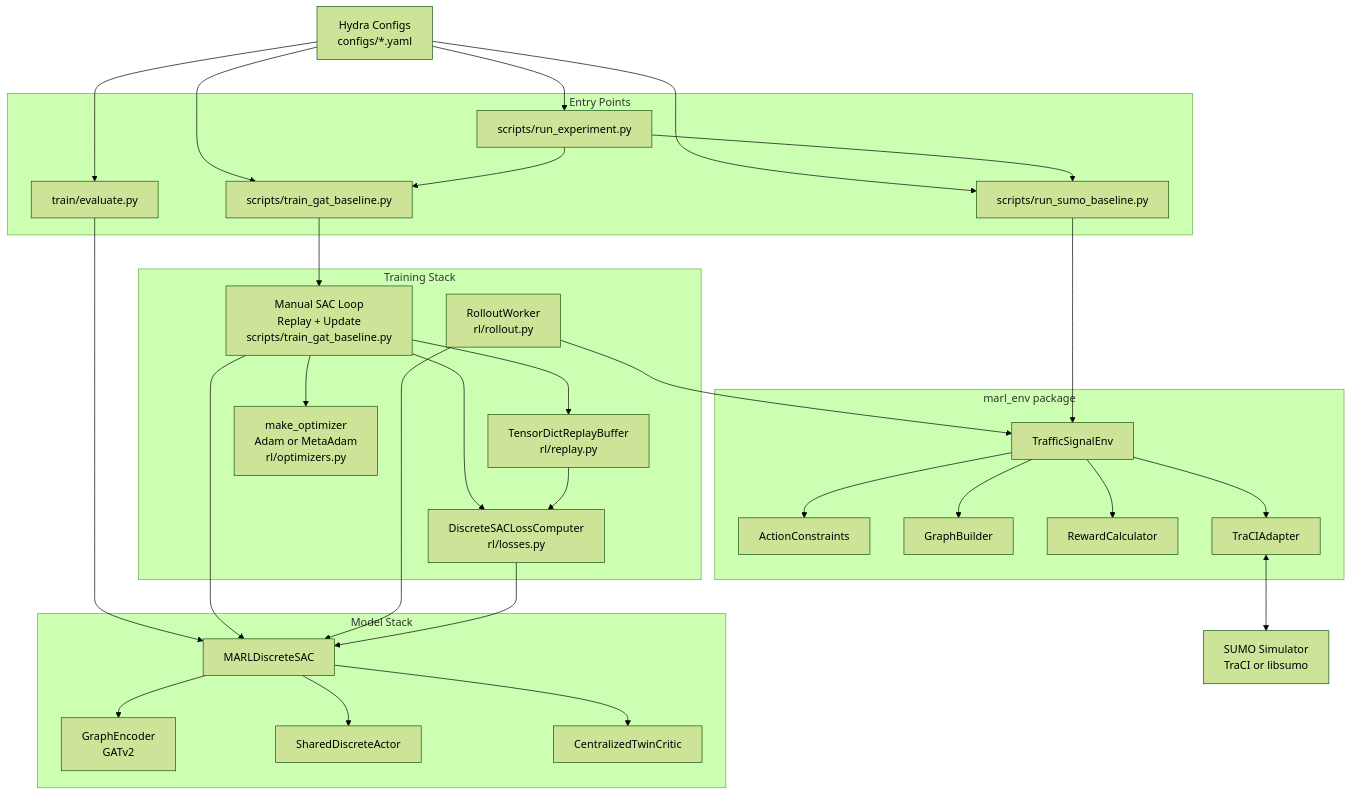
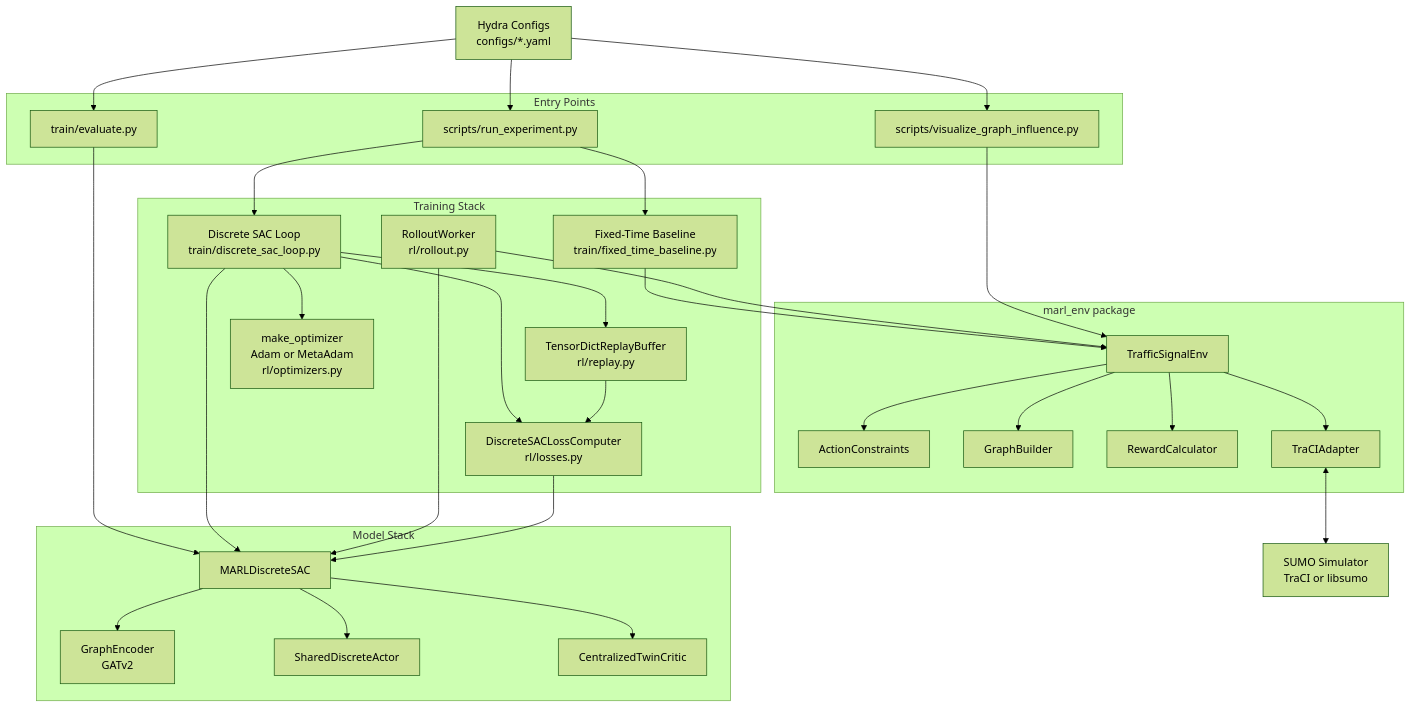
One commit to fuisl/marl changed the first of 14 diagrams in docs/marl_env_diagrams.md. Above: the diagram before and after it, drawn with Mermaid (forest theme). The commit also changed other lines of this file and 22 other files, not shown here.

````diff
--- a/docs/marl_env_diagrams.md
+++ b/docs/marl_env_diagrams.md
@@ -9,67 +9,66 @@
 ```mermaid
 flowchart TB
   Hydra[Hydra Configs\nconfigs/*.yaml]
 
   subgraph EntryPoints[Entry Points]
     RunExp[scripts/run_experiment.py]
-    GATBaseline[scripts/train_gat_baseline.py]
     Eval[train/evaluate.py]
-    SUMOBaseline[scripts/run_sumo_baseline.py]
+    Viz[scripts/visualize_graph_influence.py]
   end
 
   subgraph TrainStack[Training Stack]
-    ManualLoop[Manual SAC Loop\nReplay + Update\nscripts/train_gat_baseline.py]
+    TrainLoop[Discrete SAC Loop\ntrain/discrete_sac_loop.py]
+    BaselineLoop[Fixed-Time Baseline\ntrain/fixed_time_baseline.py]
     Rollout[RolloutWorker\nrl/rollout.py]
     Replay[TensorDictReplayBuffer\nrl/replay.py]
     Loss[DiscreteSACLossComputer\nrl/losses.py]
     Opt[make_optimizer\nAdam or MetaAdam\nrl/optimizers.py]
   end
 
   subgraph ModelStack[Model Stack]
     Agent[MARLDiscreteSAC]
     Encoder[GraphEncoder\nGATv2]
     Actor[SharedDiscreteActor]
     Critic[CentralizedTwinCritic]
   end
 
   subgraph EnvPkg[marl_env package]
     Env[TrafficSignalEnv]
     AC[ActionConstraints]
     GB[GraphBuilder]
     RC[RewardCalculator]
     TA[TraCIAdapter]
   end
 
   SUMO[SUMO Simulator\nTraCI or libsumo]
 
   Hydra --> RunExp
-  Hydra --> GATBaseline
   Hydra --> Eval
-  Hydra --> SUMOBaseline
+  Hydra --> Viz
 
-  RunExp --> GATBaseline
-  RunExp --> SUMOBaseline
-  GATBaseline --> ManualLoop
+  RunExp --> TrainLoop
+  RunExp --> BaselineLoop
   Eval --> Agent
-  SUMOBaseline --> Env
+  Viz --> Env
 
-  ManualLoop --> Replay
-  ManualLoop --> Loss
-  ManualLoop --> Agent
-  ManualLoop --> Opt
+  TrainLoop --> Replay
+  TrainLoop --> Loss
+  TrainLoop --> Agent
+  TrainLoop --> Opt
+  BaselineLoop --> Env
 
   Rollout --> Env
   Rollout --> Agent
   Replay --> Loss
   Loss --> Agent
 
   Agent --> Encoder
   Agent --> Actor
   Agent --> Critic
 
   Env --> AC
   Env --> GB
   Env --> RC
   Env --> TA
   TA <--> SUMO
 ```
````
